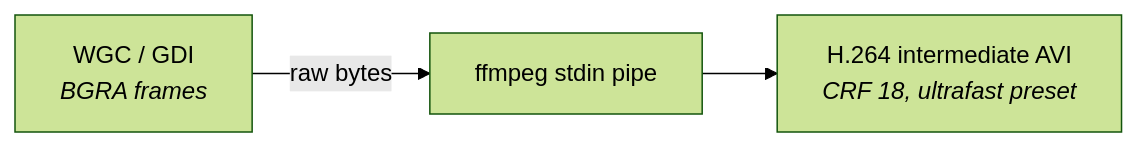
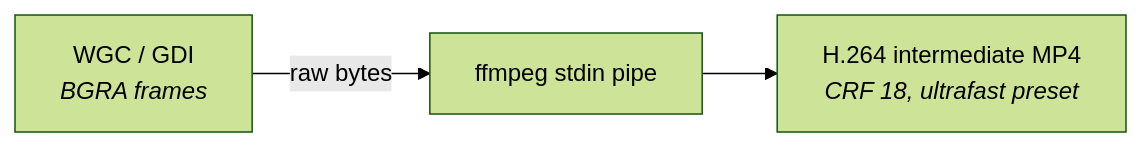
One commit to sabbour/followcursor changed the fourth of 13 diagrams in docs/ARCHITECTURE.md. Above: the diagram before and after it, drawn with Mermaid (forest theme). The commit also changed other lines of this file and 11 other files, not shown here.

````diff
--- a/docs/ARCHITECTURE.md
+++ b/docs/ARCHITECTURE.md
@@ -142,5 +142,5 @@
 ```mermaid
 flowchart LR
     WGC["WGC / GDI<br/><i>BGRA frames</i>"] -->|raw bytes| PIPE["ffmpeg stdin pipe"]
-    PIPE --> AVI["H.264 intermediate AVI<br/><i>CRF 18, ultrafast preset</i>"]
+    PIPE --> MP4["H.264 intermediate MP4<br/><i>CRF 18, ultrafast preset</i>"]
 ```
````
